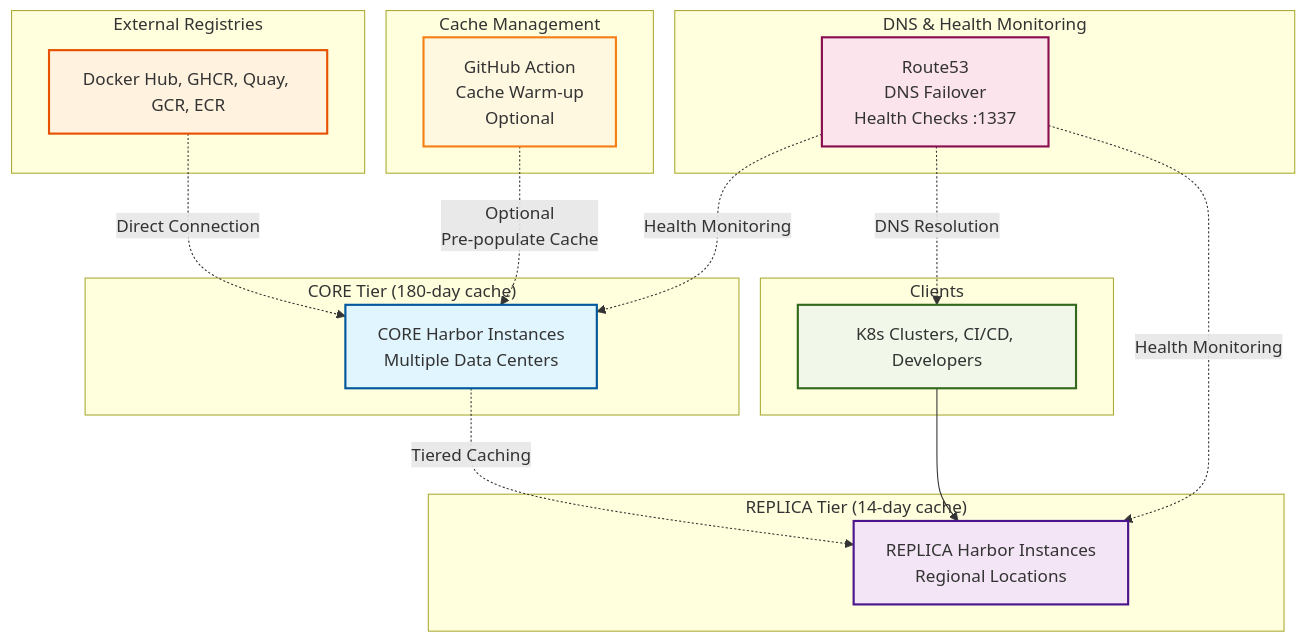
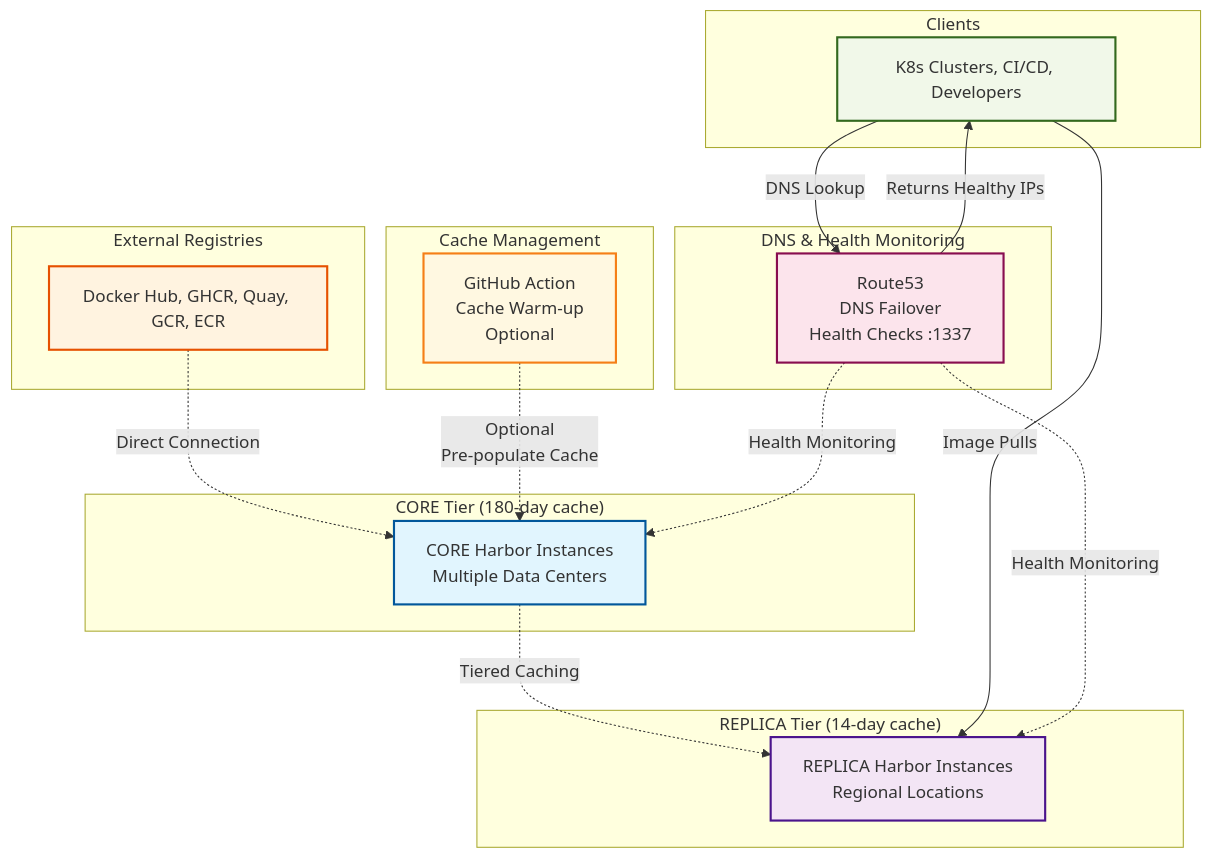
Before and after one commit to GlueOps/aio-harbor-registry-cache: the first of 3 diagrams in README.md, drawn with Mermaid.

````diff
--- a/README.md
+++ b/README.md
@@ -12,48 +12,49 @@
 ```mermaid
 graph TB
     subgraph "External Registries"
         Upstream[Docker Hub, GHCR, Quay, GCR, ECR]
     end
     
     subgraph "CORE Tier (180-day cache)"
         Core[CORE Harbor Instances<br/>Multiple Data Centers]
     end
     
     subgraph "REPLICA Tier (14-day cache)"
         Replica[REPLICA Harbor Instances<br/>Regional Locations]
     end
     
     subgraph "Clients"
         Users[K8s Clusters, CI/CD, Developers]
     end
     
     subgraph "Cache Management"
         WarmUp[GitHub Action<br/>Cache Warm-up<br/>Optional]
     end
     
     subgraph "DNS & Health Monitoring"
         Route53[Route53<br/>DNS Failover<br/>Health Checks :1337]
     end
     
     Upstream -.->|Direct Connection| Core
     Core -.->|Tiered Caching| Replica
-    Users --> Replica
+    Users -->|DNS Lookup| Route53
+    Route53 -->|Returns Healthy IPs| Users
+    Users -->|Image Pulls| Replica
     WarmUp -.->|Optional<br/>Pre-populate Cache| Core
     Route53 -.->|Health Monitoring| Core
     Route53 -.->|Health Monitoring| Replica
-    Route53 -.->|DNS Resolution| Users
     
     classDef upstream fill:#fff3e0,stroke:#e65100,stroke-width:2px
     classDef core fill:#e1f5fe,stroke:#01579b,stroke-width:2px
     classDef replica fill:#f3e5f5,stroke:#4a148c,stroke-width:2px
     classDef client fill:#f1f8e9,stroke:#33691e,stroke-width:2px
     classDef warmup fill:#fff8e1,stroke:#f57f17,stroke-width:2px
     classDef dns fill:#fce4ec,stroke:#880e4f,stroke-width:2px
     
     class Upstream upstream
     class Core core
     class Replica replica
     class Users client
     class WarmUp warmup
     class Route53 dns
 ```
````
